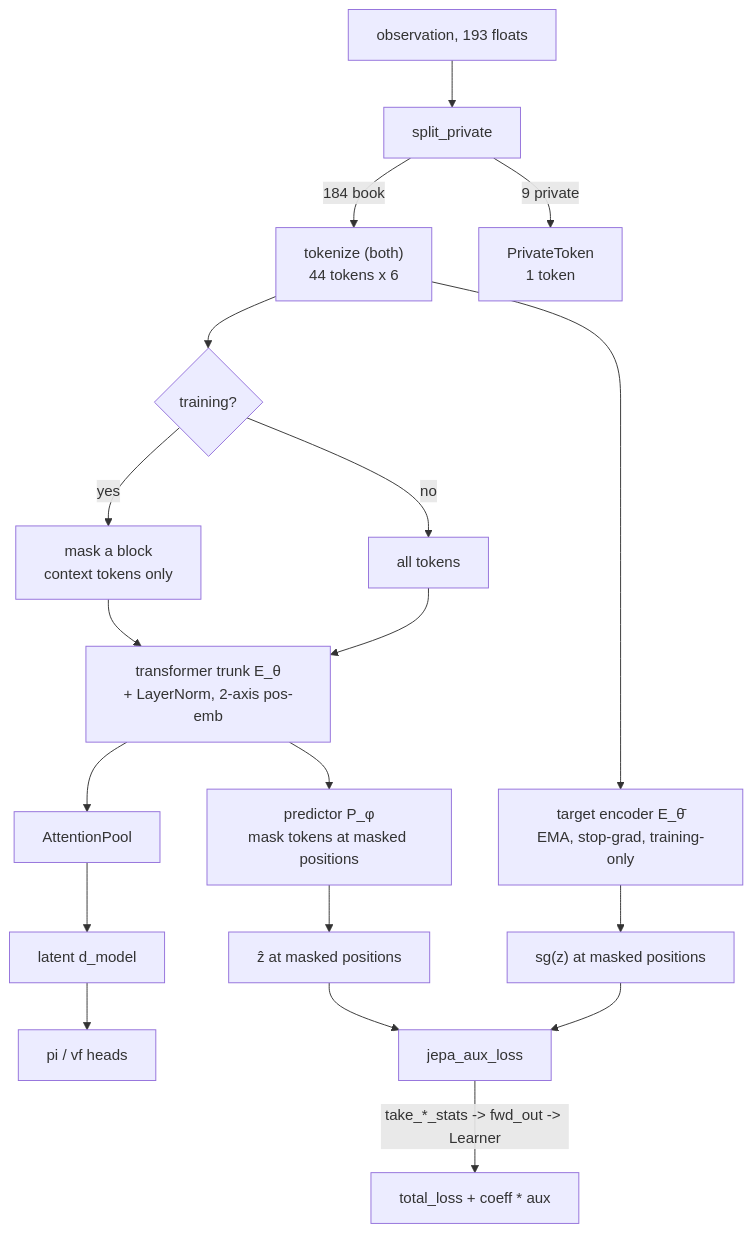
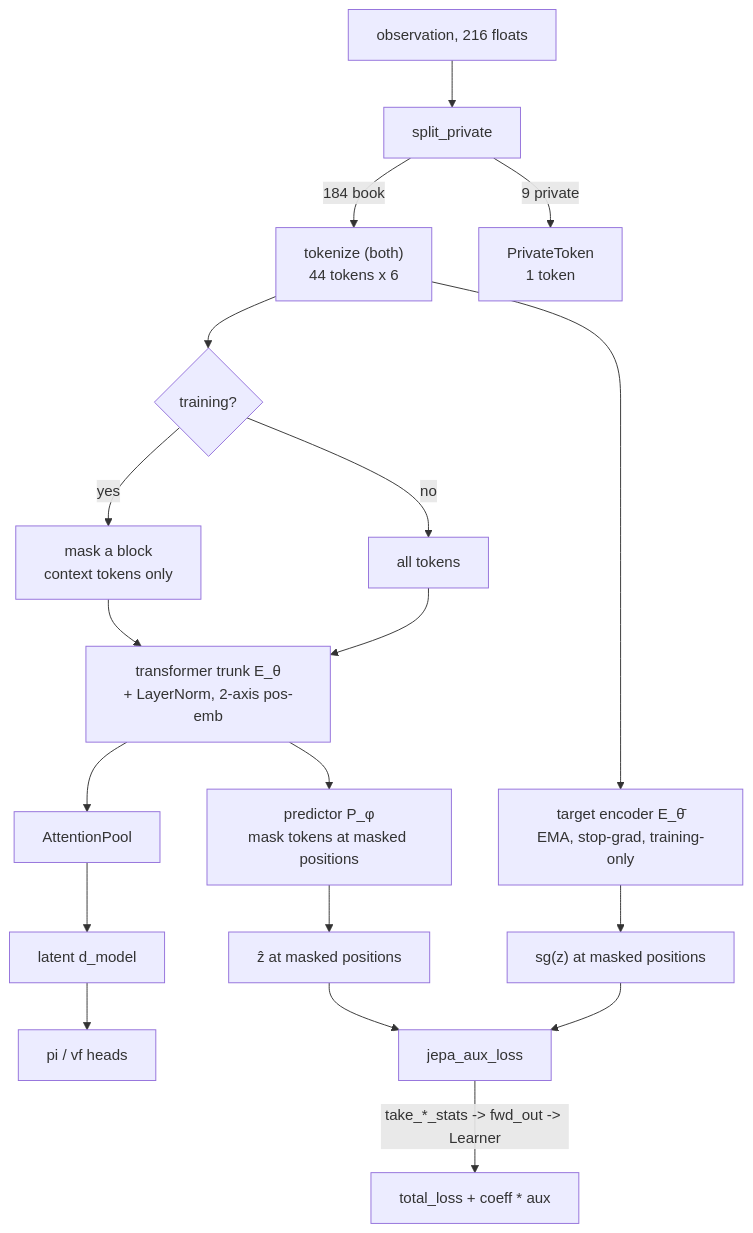
One commit to ChuaCheowHuan/gym-continuousDoubleAuction changed the third of 4 diagrams in doc/22_jepa_integration.md. Above: the diagram before and after it, drawn with Mermaid. The commit also changed other lines of this file and 42 other files, not shown here.

````diff
--- a/doc/22_jepa_integration.md
+++ b/doc/22_jepa_integration.md
@@ -312,19 +312,19 @@
 ```mermaid
 flowchart TD
-    OBS["observation, 193 floats"] --> SPLIT["split_private"]
+    OBS["observation, 216 floats"] --> SPLIT["split_private"]
     SPLIT -->|"184 book"| TOK["tokenize (both)<br/>44 tokens x 6"]
     SPLIT -->|"9 private"| PTOK["PrivateToken<br/>1 token"]
     TOK --> MASK{"training?"}
     MASK -->|"yes"| CTX["mask a block<br/>context tokens only"]
     MASK -->|"no"| FULL["all tokens"]
     CTX --> ENC["transformer trunk E_θ<br/>+ LayerNorm, 2-axis pos-emb"]
     FULL --> ENC
     TOK --> TENC["target encoder E_θ̄<br/>EMA, stop-grad, training-only"]
     ENC --> POOL["AttentionPool"] --> LAT["latent d_model"] --> HEADS["pi / vf heads"]
     ENC --> PRED["predictor P_φ<br/>mask tokens at masked positions"]
     PRED --> ZP["ẑ at masked positions"]
     TENC --> ZT["sg(z) at masked positions"]
     ZP --> AUX["jepa_aux_loss"]
     ZT --> AUX
     AUX -->|"take_*_stats -> fwd_out -> Learner"| OPT["total_loss + coeff * aux"]
 ```
````
